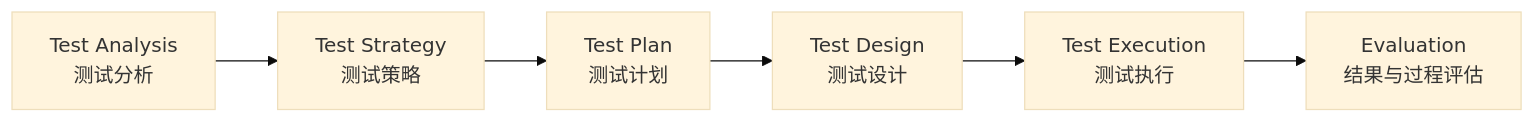
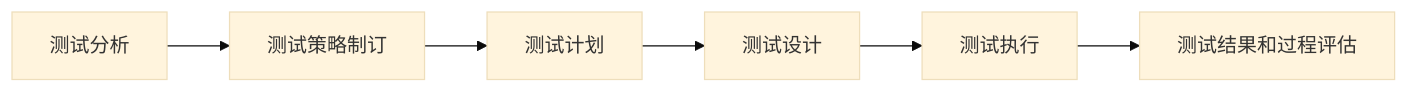
The diagram in src/content/test-lecture-02.md (Ziwen-Lii/pique-review-site), drawn with Mermaid (base theme) before and after one commit. The commit also changed other lines of this file and 8 other files, not shown here.

````diff
--- a/src/content/test-lecture-02.md
+++ b/src/content/test-lecture-02.md
@@ -245,8 +227,8 @@
 ```mermaid
 flowchart LR
-  A["Test Analysis<br/>测试分析"] --> B["Test Strategy<br/>测试策略"]
-  B --> C["Test Plan<br/>测试计划"]
-  C --> D["Test Design<br/>测试设计"]
-  D --> E["Test Execution<br/>测试执行"]
-  E --> F["Evaluation<br/>结果与过程评估"]
+  A["测试分析"] --> B["测试策略制订"]
+  B --> C["测试计划"]
+  C --> D["测试设计"]
+  D --> E["测试执行"]
+  E --> F["测试结果和过程评估"]
 ```
````
